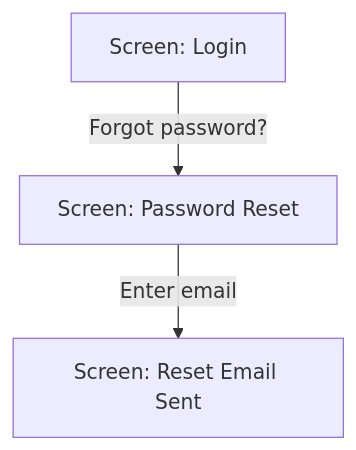
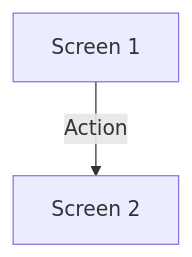
Before and after one commit to lalulali/vespyr: the diagram in .opencode/templates/product-spec-template.md, drawn with Mermaid. The commit also changed other lines of this file and 8 other files, not shown here.

````diff
--- a/.opencode/templates/product-spec-template.md
+++ b/.opencode/templates/product-spec-template.md
@@ -90,5 +48,4 @@
 ```mermaid
 flowchart TD
-    A[Screen: Login] -->|"Forgot password?"| B[Screen: Password Reset]
-    B -->|Enter email| C[Screen: Reset Email Sent]
+    A[Screen 1] -->|Action| B[Screen 2]
 ```
````
